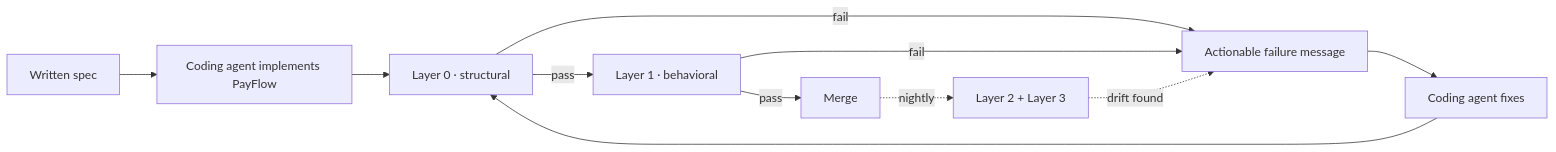
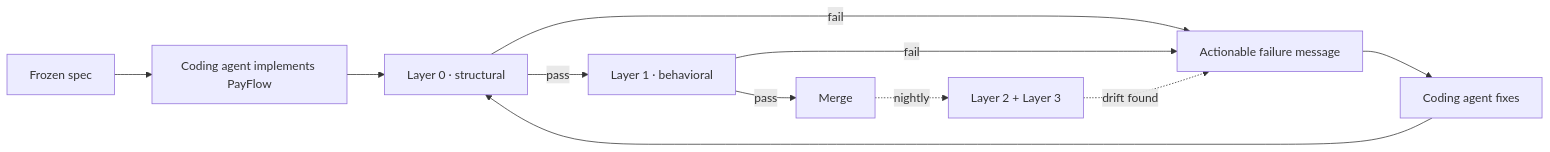
The diagram in README.md (mariusargatu/PayFlow), drawn with Mermaid before and after one commit. The commit also changed other lines of this file and 19 other files, not shown here.

````diff
--- a/README.md
+++ b/README.md
@@ -56,13 +15,13 @@
 ```mermaid
 flowchart LR
-    A[Written spec] --> B[Coding agent implements PayFlow]
+    A[Frozen spec] --> B[Coding agent implements PayFlow]
     B --> C["Layer 0 · structural"]
     C -->|pass| D["Layer 1 · behavioral"]
     C -->|fail| E[Actionable failure message]
     D -->|pass| F[Merge]
     D -->|fail| E
     E --> G[Coding agent fixes]
     G --> C
     F -.nightly.-> H["Layer 2 + Layer 3"]
     H -.drift found.-> E
 ```
````
